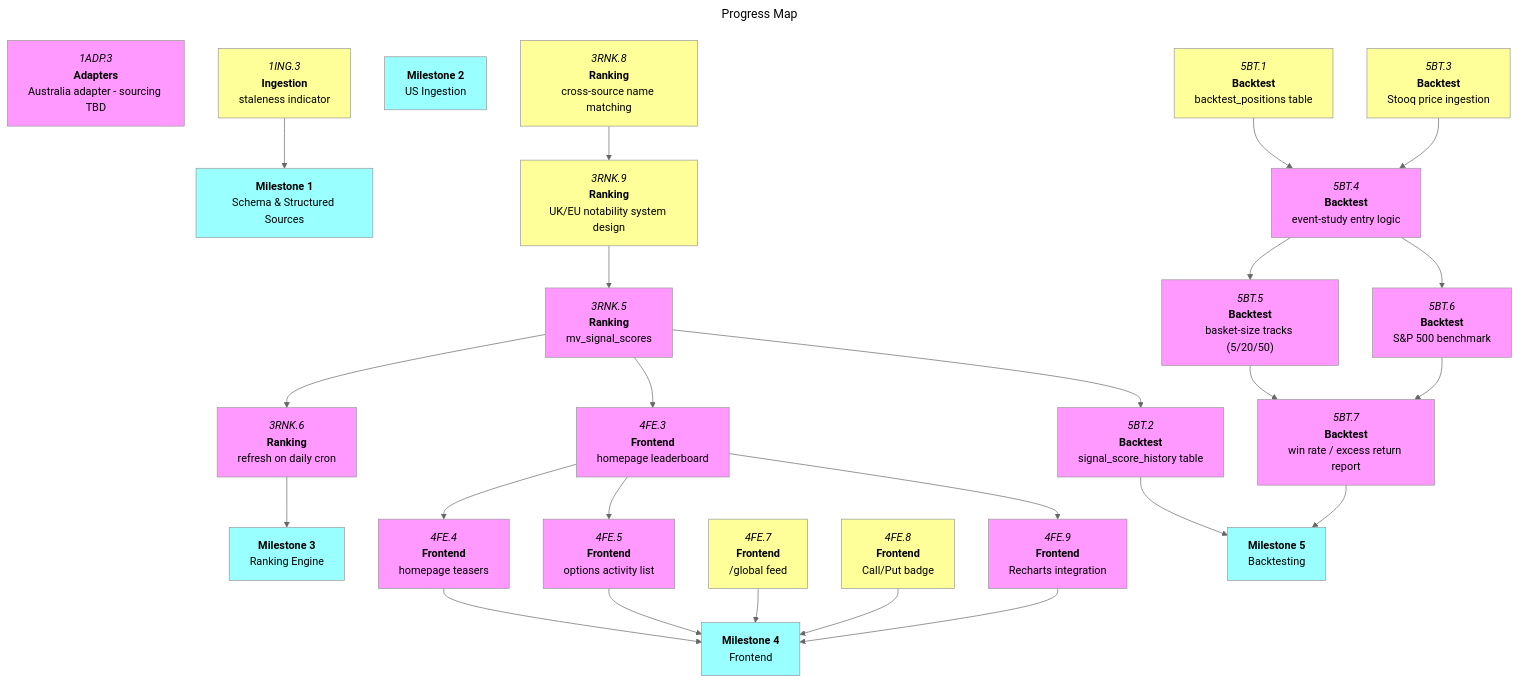
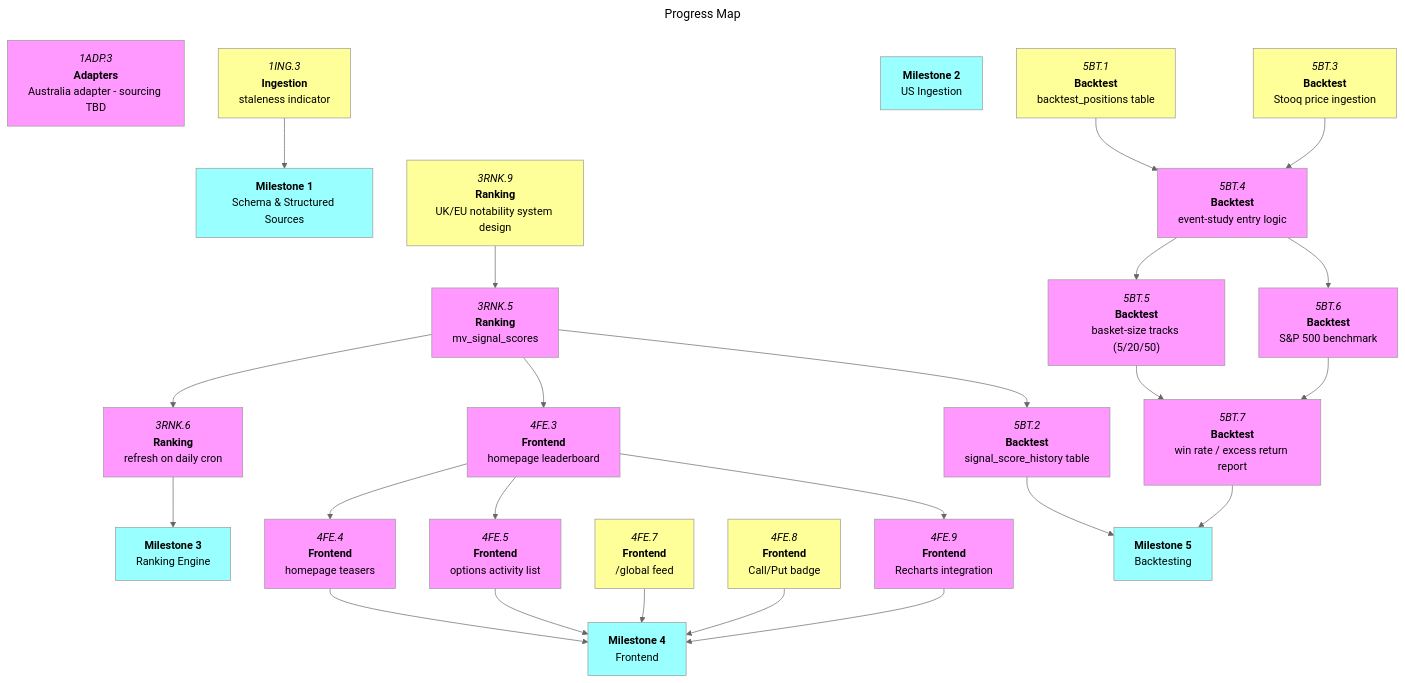
One commit to Oggie112/CrossBench changed the diagram in docs/roadmaps/mvp.md. Above: the diagram before and after it, drawn with Mermaid (neutral theme). The commit also changed other lines of this file and 3 other files, not shown here.

````diff
--- a/docs/roadmaps/mvp.md
+++ b/docs/roadmaps/mvp.md
@@ -191,81 +190,78 @@
 ```mermaid
 ---
 title: Progress Map
 ---
 graph TD
 
 1ADP.3["`*1ADP.3*<br/>**Adapters**<br/>Australia adapter - sourcing TBD`"]:::blocked
 
 1ING.3["`*1ING.3*<br/>**Ingestion**<br/>staleness indicator`"]:::open
 
 m1["`**Milestone 1**<br/>Schema & Structured Sources`"]:::mile
 1ING.3 --> m1
 
 m2["`**Milestone 2**<br/>US Ingestion`"]:::mile
 
-3RNK.8["`*3RNK.8*<br/>**Ranking**<br/>cross-source name matching`"]:::open
-
 3RNK.9["`*3RNK.9*<br/>**Ranking**<br/>UK/EU notability system design`"]:::open
-3RNK.8 --> 3RNK.9
 
 3RNK.5["`*3RNK.5*<br/>**Ranking**<br/>mv_signal_scores`"]:::blocked
 3RNK.9 --> 3RNK.5
 
 3RNK.6["`*3RNK.6*<br/>**Ranking**<br/>refresh on daily cron`"]:::blocked
 3RNK.5 --> 3RNK.6
 
 m3["`**Milestone 3**<br/>Ranking Engine`"]:::mile
 3RNK.6 --> m3
 
 4FE.3["`*4FE.3*<br/>**Frontend**<br/>homepage leaderboard`"]:::blocked
 3RNK.5 --> 4FE.3
 
 4FE.4["`*4FE.4*<br/>**Frontend**<br/>homepage teasers`"]:::blocked
 4FE.3 --> 4FE.4
 
 4FE.5["`*4FE.5*<br/>**Frontend**<br/>options activity list`"]:::blocked
 4FE.3 --> 4FE.5
 
 4FE.7["`*4FE.7*<br/>**Frontend**<br/>/global feed`"]:::open
 
 4FE.8["`*4FE.8*<br/>**Frontend**<br/>Call/Put badge`"]:::open
 
 4FE.9["`*4FE.9*<br/>**Frontend**<br/>Recharts integration`"]:::blocked
 4FE.3 --> 4FE.9
 
 m4["`**Milestone 4**<br/>Frontend`"]:::mile
 4FE.4 --> m4
 4FE.5 --> m4
 4FE.7 --> m4
 4FE.8 --> m4
 4FE.9 --> m4
 
 5BT.3["`*5BT.3*<br/>**Backtest**<br/>Stooq price ingestion`"]:::open
 
 5BT.1["`*5BT.1*<br/>**Backtest**<br/>backtest_positions table`"]:::open
 
 5BT.2["`*5BT.2*<br/>**Backtest**<br/>signal_score_history table`"]:::blocked
 3RNK.5 --> 5BT.2
 
 5BT.4["`*5BT.4*<br/>**Backtest**<br/>event-study entry logic`"]:::blocked
 5BT.1 --> 5BT.4
 5BT.3 --> 5BT.4
 
 5BT.5["`*5BT.5*<br/>**Backtest**<br/>basket-size tracks (5/20/50)`"]:::blocked
 5BT.4 --> 5BT.5
 
 5BT.6["`*5BT.6*<br/>**Backtest**<br/>S&P 500 benchmark`"]:::blocked
 5BT.4 --> 5BT.6
 
 5BT.7["`*5BT.7*<br/>**Backtest**<br/>win rate / excess return report`"]:::blocked
 5BT.5 --> 5BT.7
 5BT.6 --> 5BT.7
 
 m5["`**Milestone 5**<br/>Backtesting`"]:::mile
 5BT.2 --> m5
 5BT.7 --> m5
 
 classDef blocked fill:#f9f;
 classDef open fill:#ff9;
 classDef mile fill:#9ff;
 ```
````
